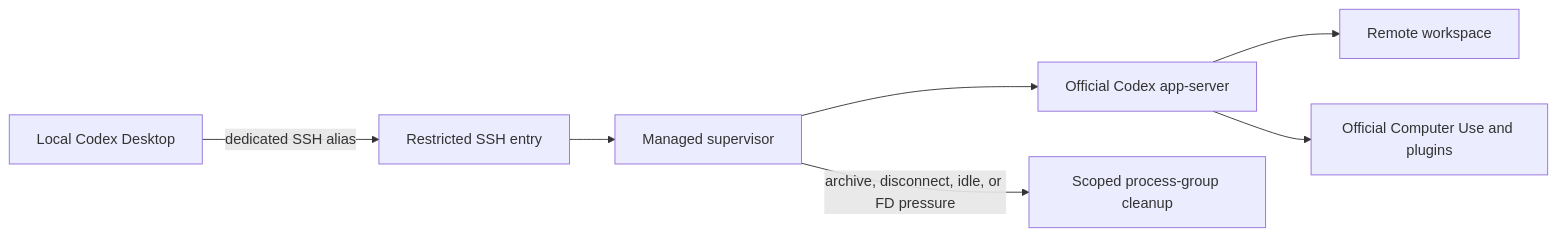
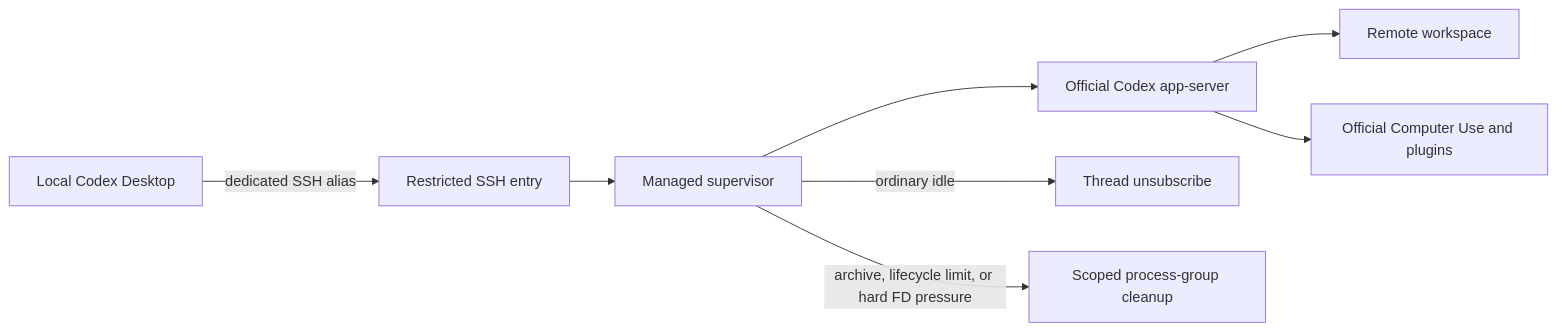
Before and after one commit to fantasyce/codex-managed-channel: the diagram in README.md, drawn with Mermaid. The commit also changed other lines of this file and 25 other files, not shown here.

````diff
--- a/README.md
+++ b/README.md
@@ -25,9 +25,10 @@
 ```mermaid
 flowchart LR
     A[Local Codex Desktop] -->|dedicated SSH alias| B[Restricted SSH entry]
     B --> C[Managed supervisor]
     C --> D[Official Codex app-server]
     D --> E[Remote workspace]
     D --> F[Official Computer Use and plugins]
-    C -->|archive, disconnect, idle, or FD pressure| G[Scoped process-group cleanup]
+    C -->|ordinary idle| H[Thread unsubscribe]
+    C -->|archive, lifecycle limit, or hard FD pressure| G[Scoped process-group cleanup]
 ```
````
